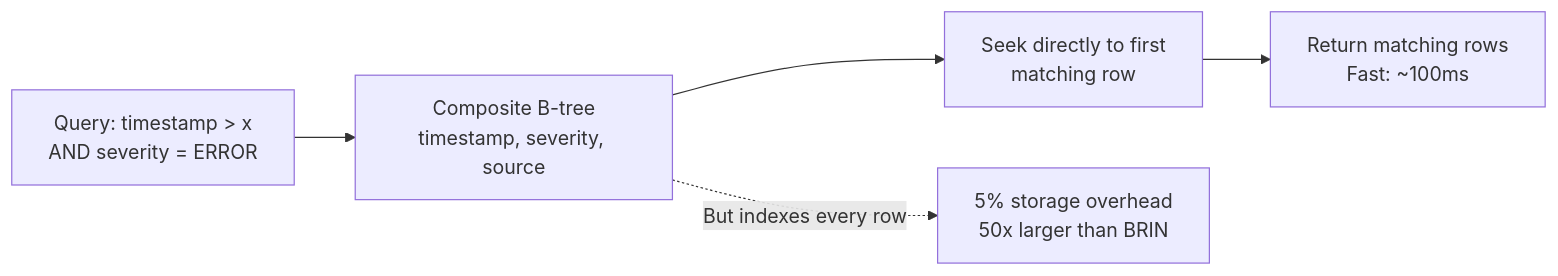
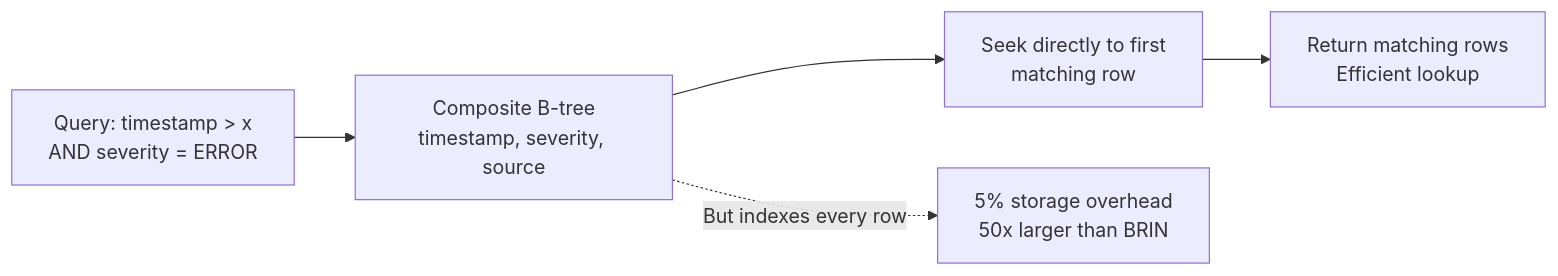
Before and after one commit to tuyentranba/log-management-dashboard: the ninth of 12 diagrams in docs/technical_spec.md, drawn with Mermaid. The commit also changed other lines of this file, not shown here.

````diff
--- a/docs/technical_spec.md
+++ b/docs/technical_spec.md
@@ -284,7 +284,7 @@
 ```mermaid
 graph LR
     A[Query: timestamp > x<br/>AND severity = ERROR] --> B[Composite B-tree<br/>timestamp, severity, source]
     B --> C[Seek directly to first<br/>matching row]
-    C --> D[Return matching rows<br/>Fast: ~100ms]
+    C --> D[Return matching rows<br/>Efficient lookup]
     B -.->|"But indexes every row"| E[5% storage overhead<br/>50x larger than BRIN]
 ```
````
